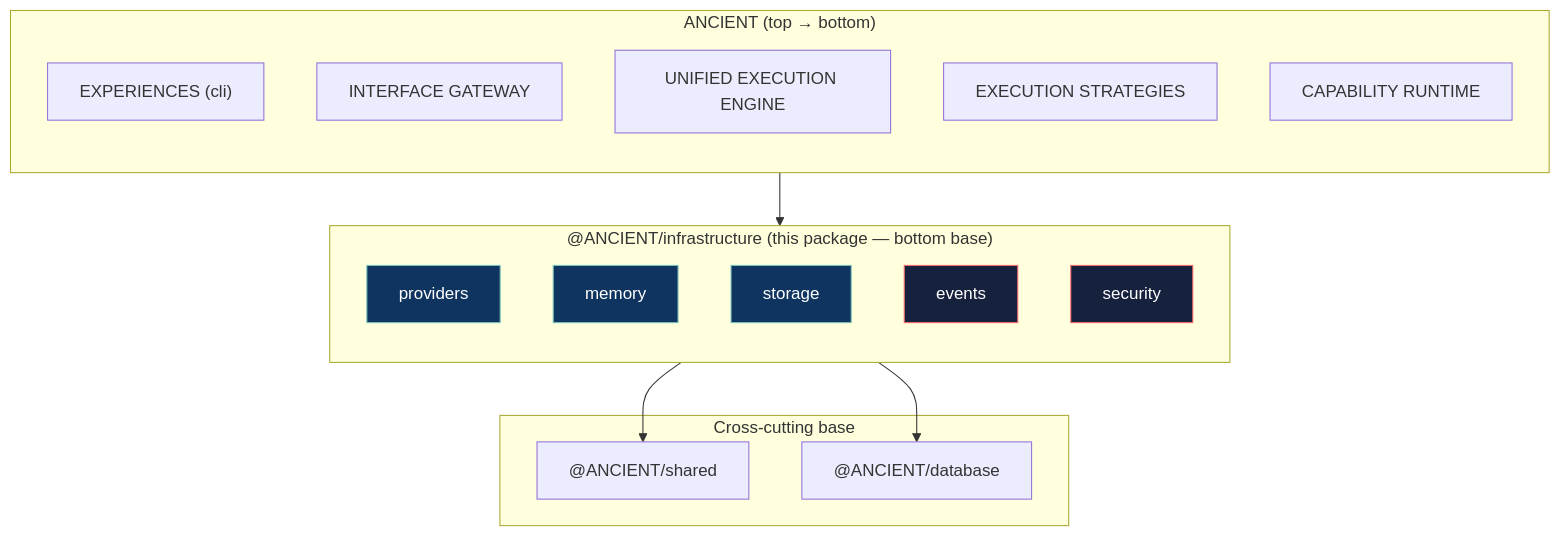
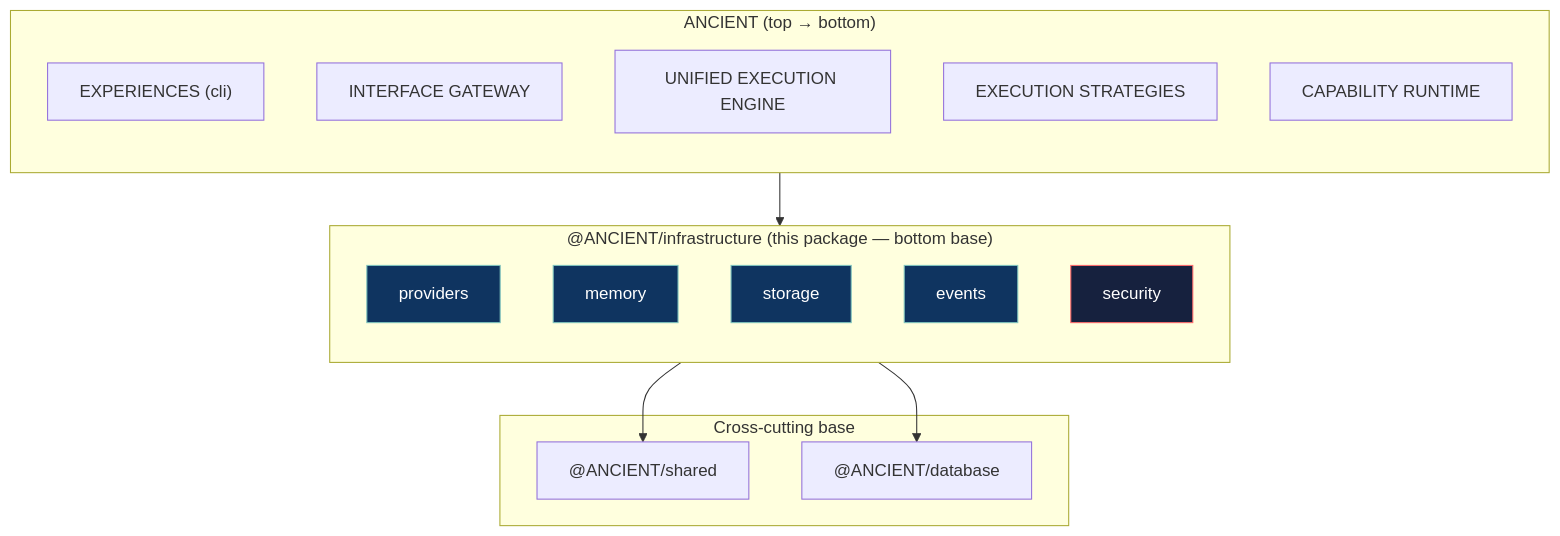
The first of 5 diagrams in packages/infrastructure/README.md (D-engahmed/ancient), drawn with Mermaid before and after one commit. The commit also changed other lines of this file, not shown here.

````diff
--- a/packages/infrastructure/README.md
+++ b/packages/infrastructure/README.md
@@ -6,35 +6,35 @@
 ```mermaid
 flowchart TB
     subgraph LAYERS["ANCIENT (top → bottom)"]
         direction TB
         EXP["EXPERIENCES (cli)"]
         GW["INTERFACE GATEWAY"]
         ENG["UNIFIED EXECUTION ENGINE"]
         STRAT["EXECUTION STRATEGIES"]
         CAP["CAPABILITY RUNTIME"]
     end
 
     subgraph INFRA["@ANCIENT/infrastructure (this package — bottom base)"]
         direction TB
         PROV["providers"]
         MEM["memory"]
         STO["storage"]
         EVT["events"]
         SEC["security"]
     end
 
     subgraph BASE["Cross-cutting base"]
         SHARED["@ANCIENT/shared"]
         DB["@ANCIENT/database"]
     end
 
     LAYERS --> INFRA
     INFRA --> SHARED
     INFRA --> DB
 
     style PROV fill:#0f3460,stroke:#7FC4BE,color:#fff
     style MEM fill:#0f3460,stroke:#7FC4BE,color:#fff
     style STO fill:#0f3460,stroke:#7FC4BE,color:#fff
-    style EVT fill:#16213e,stroke:#ff6b6b,color:#fff
+    style EVT fill:#0f3460,stroke:#7FC4BE,color:#fff
     style SEC fill:#16213e,stroke:#ff6b6b,color:#fff
 ```
````
